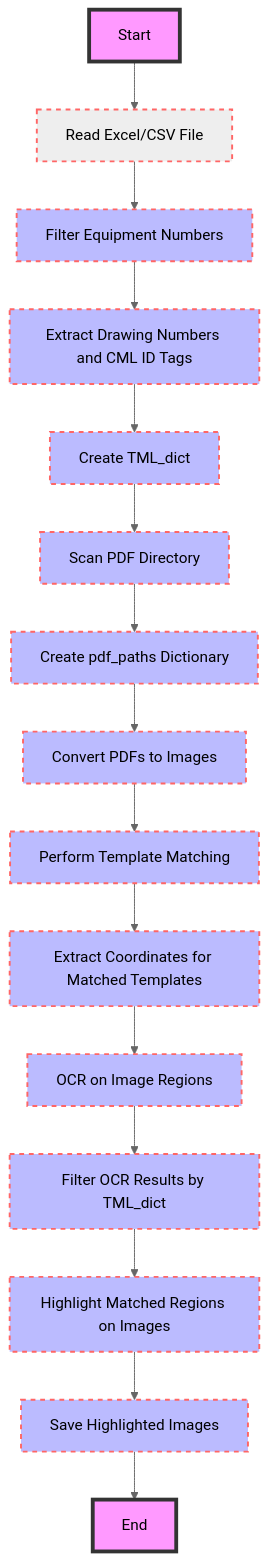
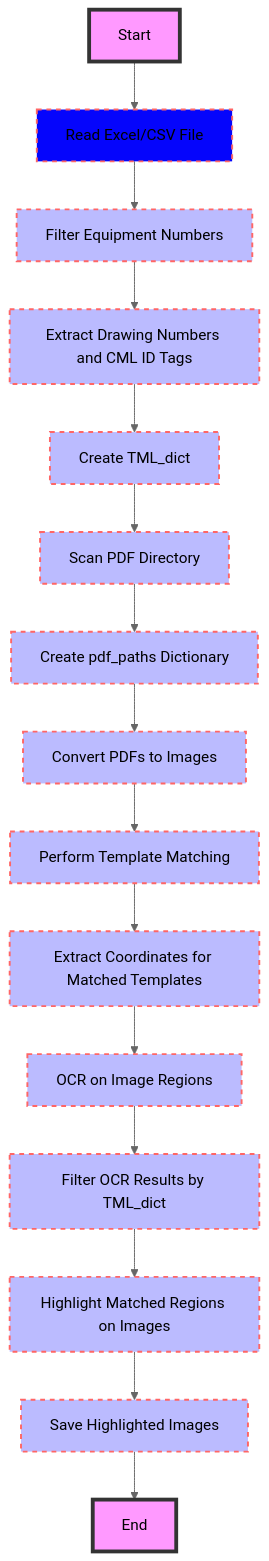
One commit to brajrajnagar/superagi changed the diagram in README.md. Above: the diagram before and after it, drawn with Mermaid (neutral theme).

````diff
--- a/README.md
+++ b/README.md
@@ -81,33 +81,33 @@
 ```mermaid
 graph TD
     A[Start] --> B[Read Excel/CSV File]
     B --> C[Filter Equipment Numbers]
     C --> D[Extract Drawing Numbers and CML ID Tags]
     D --> E[Create TML_dict]
     E --> F[Scan PDF Directory]
     F --> G[Create pdf_paths Dictionary]
     G --> H[Convert PDFs to Images]
     H --> I[Perform Template Matching]
     I --> J[Extract Coordinates for Matched Templates]
     J --> K[OCR on Image Regions]
     K --> L[Filter OCR Results by TML_dict]
     L --> M[Highlight Matched Regions on Images]
     M --> N[Save Highlighted Images]
     N --> O[End]
 
     style A fill:#f9f,stroke:#333,stroke-width:4px
-    style B fill:##0505fc,stroke:#f66,stroke-width:2px,stroke-dasharray: 5, 5
+    style B fill:#0505fc,stroke:#f66,stroke-width:2px,stroke-dasharray: 5, 5
     style C fill:#bbf,stroke:#f66,stroke-width:2px,stroke-dasharray: 5, 5
     style D fill:#bbf,stroke:#f66,stroke-width:2px,stroke-dasharray: 5, 5
     style E fill:#bbf,stroke:#f66,stroke-width:2px,stroke-dasharray: 5, 5
     style F fill:#bbf,stroke:#f66,stroke-width:2px,stroke-dasharray: 5, 5
     style G fill:#bbf,stroke:#f66,stroke-width:2px,stroke-dasharray: 5, 5
     style H fill:#bbf,stroke:#f66,stroke-width:2px,stroke-dasharray: 5, 5
     style I fill:#bbf,stroke:#f66,stroke-width:2px,stroke-dasharray: 5, 5
     style J fill:#bbf,stroke:#f66,stroke-width:2px,stroke-dasharray: 5, 5
     style K fill:#bbf,stroke:#f66,stroke-width:2px,stroke-dasharray: 5, 5
     style L fill:#bbf,stroke:#f66,stroke-width:2px,stroke-dasharray: 5, 5
     style M fill:#bbf,stroke:#f66,stroke-width:2px,stroke-dasharray: 5, 5
     style N fill:#bbf,stroke:#f66,stroke-width:2px,stroke-dasharray: 5, 5
     style O fill:#f9f,stroke:#333,stroke-width:4px
 ```
````
